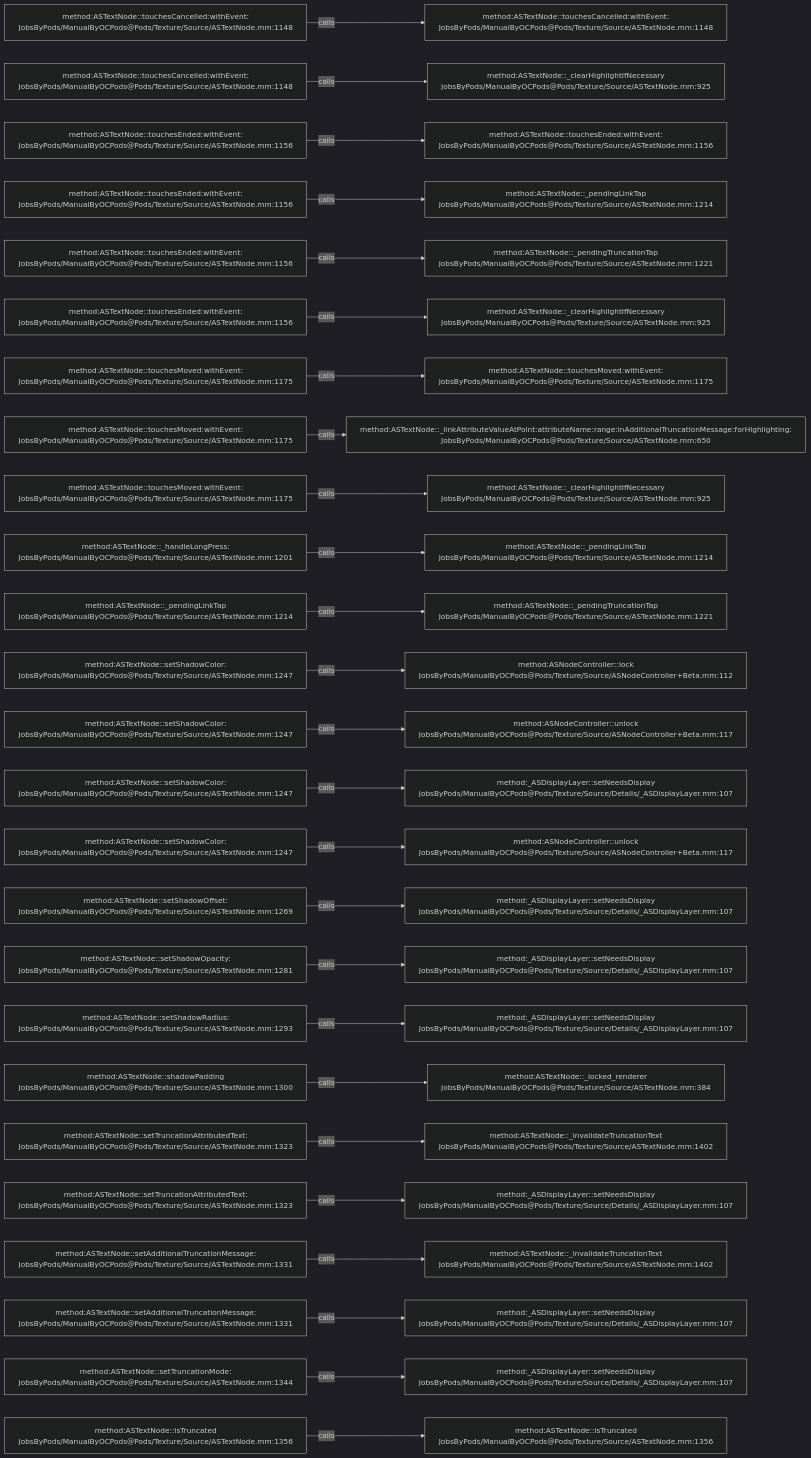
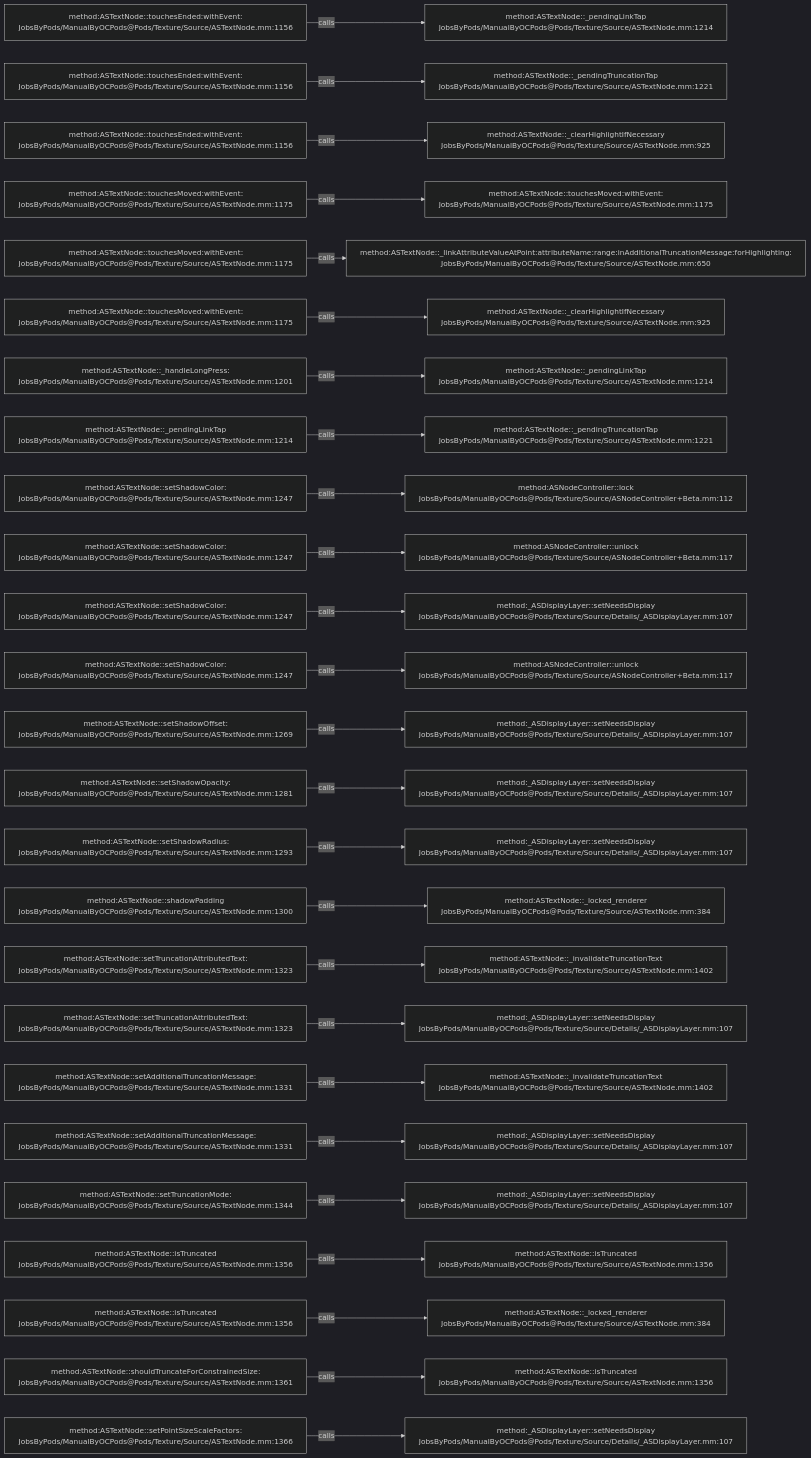
One commit to JobsKits/JobsOCBaseConfigDemo changed the diagram in .codegraph/codegraph.md/graphs/calls-139.md. Above: the diagram before and after it, drawn with Mermaid (dark theme). The commit also changed 342 other files, not shown here.

````diff
--- a/.codegraph/codegraph.md/graphs/calls-139.md
+++ b/.codegraph/codegraph.md/graphs/calls-139.md
@@ -13,78 +13,78 @@
 ```mermaid
 flowchart LR
-  S1["method:ASTextNode::touchesCancelled:withEvent:<br/>JobsByPods/ManualByOCPods@Pods/Texture/Source/ASTextNode.mm:1148"]
-  T1["method:ASTextNode::touchesCancelled:withEvent:<br/>JobsByPods/ManualByOCPods@Pods/Texture/Source/ASTextNode.mm:1148"]
+  S1["method:ASTextNode::touchesEnded:withEvent:<br/>JobsByPods/ManualByOCPods@Pods/Texture/Source/ASTextNode.mm:1156"]
+  T1["method:ASTextNode::_pendingLinkTap<br/>JobsByPods/ManualByOCPods@Pods/Texture/Source/ASTextNode.mm:1214"]
   S1 -->|calls| T1
-  S2["method:ASTextNode::touchesCancelled:withEvent:<br/>JobsByPods/ManualByOCPods@Pods/Texture/Source/ASTextNode.mm:1148"]
-  T2["method:ASTextNode::_clearHighlightIfNecessary<br/>JobsByPods/ManualByOCPods@Pods/Texture/Source/ASTextNode.mm:925"]
+  S2["method:ASTextNode::touchesEnded:withEvent:<br/>JobsByPods/ManualByOCPods@Pods/Texture/Source/ASTextNode.mm:1156"]
+  T2["method:ASTextNode::_pendingTruncationTap<br/>JobsByPods/ManualByOCPods@Pods/Texture/Source/ASTextNode.mm:1221"]
   S2 -->|calls| T2
   S3["method:ASTextNode::touchesEnded:withEvent:<br/>JobsByPods/ManualByOCPods@Pods/Texture/Source/ASTextNode.mm:1156"]
-  T3["method:ASTextNode::touchesEnded:withEvent:<br/>JobsByPods/ManualByOCPods@Pods/Texture/Source/ASTextNode.mm:1156"]
+  T3["method:ASTextNode::_clearHighlightIfNecessary<br/>JobsByPods/ManualByOCPods@Pods/Texture/Source/ASTextNode.mm:925"]
   S3 -->|calls| T3
-  S4["method:ASTextNode::touchesEnded:withEvent:<br/>JobsByPods/ManualByOCPods@Pods/Texture/Source/ASTextNode.mm:1156"]
-  T4["method:ASTextNode::_pendingLinkTap<br/>JobsByPods/ManualByOCPods@Pods/Texture/Source/ASTextNode.mm:1214"]
+  S4["method:ASTextNode::touchesMoved:withEvent:<br/>JobsByPods/ManualByOCPods@Pods/Texture/Source/ASTextNode.mm:1175"]
+  T4["method:ASTextNode::touchesMoved:withEvent:<br/>JobsByPods/ManualByOCPods@Pods/Texture/Source/ASTextNode.mm:1175"]
   S4 -->|calls| T4
-  S5["method:ASTextNode::touchesEnded:withEvent:<br/>JobsByPods/ManualByOCPods@Pods/Texture/Source/ASTextNode.mm:1156"]
-  T5["method:ASTextNode::_pendingTruncationTap<br/>JobsByPods/ManualByOCPods@Pods/Texture/Source/ASTextNode.mm:1221"]
+  S5["method:ASTextNode::touchesMoved:withEvent:<br/>JobsByPods/ManualByOCPods@Pods/Texture/Source/ASTextNode.mm:1175"]
+  T5["method:ASTextNode::_linkAttributeValueAtPoint:attributeName:range:inAdditionalTruncationMessage:forHighlighting:<br/>JobsByPods/ManualByOCPods@Pods/Texture/Source/ASTextNode.mm:650"]
   S5 -->|calls| T5
-  S6["method:ASTextNode::touchesEnded:withEvent:<br/>JobsByPods/ManualByOCPods@Pods/Texture/Source/ASTextNode.mm:1156"]
+  S6["method:ASTextNode::touchesMoved:withEvent:<br/>JobsByPods/ManualByOCPods@Pods/Texture/Source/ASTextNode.mm:1175"]
   T6["method:ASTextNode::_clearHighlightIfNecessary<br/>JobsByPods/ManualByOCPods@Pods/Texture/Source/ASTextNode.mm:925"]
   S6 -->|calls| T6
-  S7["method:ASTextNode::touchesMoved:withEvent:<br/>JobsByPods/ManualByOCPods@Pods/Texture/Source/ASTextNode.mm:1175"]
-  T7["method:ASTextNode::touchesMoved:withEvent:<br/>JobsByPods/ManualByOCPods@Pods/Texture/Source/ASTextNode.mm:1175"]
+  S7["method:ASTextNode::_handleLongPress:<br/>JobsByPods/ManualByOCPods@Pods/Texture/Source/ASTextNode.mm:1201"]
+  T7["method:ASTextNode::_pendingLinkTap<br/>JobsByPods/ManualByOCPods@Pods/Texture/Source/ASTextNode.mm:1214"]
   S7 -->|calls| T7
-  S8["method:ASTextNode::touchesMoved:withEvent:<br/>JobsByPods/ManualByOCPods@Pods/Texture/Source/ASTextNode.mm:1175"]
-  T8["method:ASTextNode::_linkAttributeValueAtPoint:attributeName:range:inAdditionalTruncationMessage:forHighlighting:<br/>JobsByPods/ManualByOCPods@Pods/Texture/Source/ASTextNode.mm:650"]
+  S8["method:ASTextNode::_pendingLinkTap<br/>JobsByPods/ManualByOCPods@Pods/Texture/Source/ASTextNode.mm:1214"]
+  T8["method:ASTextNode::_pendingTruncationTap<br/>JobsByPods/ManualByOCPods@Pods/Texture/Source/ASTextNode.mm:1221"]
   S8 -->|calls| T8
-  S9["method:ASTextNode::touchesMoved:withEvent:<br/>JobsByPods/ManualByOCPods@Pods/Texture/Source/ASTextNode.mm:1175"]
-  T9["method:ASTextNode::_clearHighlightIfNecessary<br/>JobsByPods/ManualByOCPods@Pods/Texture/Source/ASTextNode.mm:925"]
+  S9["method:ASTextNode::setShadowColor:<br/>JobsByPods/ManualByOCPods@Pods/Texture/Source/ASTextNode.mm:1247"]
+  T9["method:ASNodeController::lock<br/>JobsByPods/ManualByOCPods@Pods/Texture/Source/ASNodeController+Beta.mm:112"]
   S9 -->|calls| T9
-  S10["method:ASTextNode::_handleLongPress:<br/>JobsByPods/ManualByOCPods@Pods/Texture/Source/ASTextNode.mm:1201"]
-  T10["method:ASTextNode::_pendingLinkTap<br/>JobsByPods/ManualByOCPods@Pods/Texture/Source/ASTextNode.mm:1214"]
+  S10["method:ASTextNode::setShadowColor:<br/>JobsByPods/ManualByOCPods@Pods/Texture/Source/ASTextNode.mm:1247"]
+  T10["method:ASNodeController::unlock<br/>JobsByPods/ManualByOCPods@Pods/Texture/Source/ASNodeController+Beta.mm:117"]
   S10 -->|calls| T10
-  S11["method:ASTextNode::_pendingLinkTap<br/>JobsByPods/ManualByOCPods@Pods/Texture/Source/ASTextNode.mm:1214"]
-  T11["method:ASTextNode::_pendingTruncationTap<br/>JobsByPods/ManualByOCPods@Pods/Texture/Source/ASTextNode.mm:1221"]
+  S11["method:ASTextNode::setShadowColor:<br/>JobsByPods/ManualByOCPods@Pods/Texture/Source/ASTextNode.mm:1247"]
+  T11["method:_ASDisplayLayer::setNeedsDisplay<br/>JobsByPods/ManualByOCPods@Pods/Texture/Source/Details/_ASDisplayLayer.mm:107"]
   S11 -->|calls| T11
   S12["method:ASTextNode::setShadowColor:<br/>JobsByPods/ManualByOCPods@Pods/Texture/Source/ASTextNode.mm:1247"]
-  T12["method:ASNodeController::lock<br/>JobsByPods/ManualByOCPods@Pods/Texture/Source/ASNodeController+Beta.mm:112"]
+  T12["method:ASNodeController::unlock<br/>JobsByPods/ManualByOCPods@Pods/Texture/Source/ASNodeController+Beta.mm:117"]
   S12 -->|calls| T12
-  S13["method:ASTextNode::setShadowColor:<br/>JobsByPods/ManualByOCPods@Pods/Texture/Source/ASTextNode.mm:1247"]
-  T13["method:ASNodeController::unlock<br/>JobsByPods/ManualByOCPods@Pods/Texture/Source/ASNodeController+Beta.mm:117"]
+  S13["method:ASTextNode::setShadowOffset:<br/>JobsByPods/ManualByOCPods@Pods/Texture/Source/ASTextNode.mm:1269"]
+  T13["method:_ASDisplayLayer::setNeedsDisplay<br/>JobsByPods/ManualByOCPods@Pods/Texture/Source/Details/_ASDisplayLayer.mm:107"]
   S13 -->|calls| T13
-  S14["method:ASTextNode::setShadowColor:<br/>JobsByPods/ManualByOCPods@Pods/Texture/Source/ASTextNode.mm:1247"]
+  S14["method:ASTextNode::setShadowOpacity:<br/>JobsByPods/ManualByOCPods@Pods/Texture/Source/ASTextNode.mm:1281"]
   T14["method:_ASDisplayLayer::setNeedsDisplay<br/>JobsByPods/ManualByOCPods@Pods/Texture/Source/Details/_ASDisplayLayer.mm:107"]
   S14 -->|calls| T14
-  S15["method:ASTextNode::setShadowColor:<br/>JobsByPods/ManualByOCPods@Pods/Texture/Source/ASTextNode.mm:1247"]
-  T15["method:ASNodeController::unlock<br/>JobsByPods/ManualByOCPods@Pods/Texture/Source/ASNodeController+Beta.mm:117"]
+  S15["method:ASTextNode::setShadowRadius:<br/>JobsByPods/ManualByOCPods@Pods/Texture/Source/ASTextNode.mm:1293"]
+  T15["method:_ASDisplayLayer::setNeedsDisplay<br/>JobsByPods/ManualByOCPods@Pods/Texture/Source/Details/_ASDisplayLayer.mm:107"]
   S15 -->|calls| T15
-  S16["method:ASTextNode::setShadowOffset:<br/>JobsByPods/ManualByOCPods@Pods/Texture/Source/ASTextNode.mm:1269"]
-  T16["method:_ASDisplayLayer::setNeedsDisplay<br/>JobsByPods/ManualByOCPods@Pods/Texture/Source/Details/_ASDisplayLayer.mm:107"]
+  S16["method:ASTextNode::shadowPadding<br/>JobsByPods/ManualByOCPods@Pods/Texture/Source/ASTextNode.mm:1300"]
+  T16["method:ASTextNode::_locked_renderer<br/>JobsByPods/ManualByOCPods@Pods/Texture/Source/ASTextNode.mm:384"]
   S16 -->|calls| T16
-  S17["method:ASTextNode::setShadowOpacity:<br/>JobsByPods/ManualByOCPods@Pods/Texture/Source/ASTextNode.mm:1281"]
-  T17["method:_ASDisplayLayer::setNeedsDisplay<br/>JobsByPods/ManualByOCPods@Pods/Texture/Source/Details/_ASDisplayLayer.mm:107"]
+  S17["method:ASTextNode::setTruncationAttributedText:<br/>JobsByPods/ManualByOCPods@Pods/Texture/Source/ASTextNode.mm:1323"]
+  T17["method:ASTextNode::_invalidateTruncationText<br/>JobsByPods/ManualByOCPods@Pods/Texture/Source/ASTextNode.mm:1402"]
   S17 -->|calls| T17
-  S18["method:ASTextNode::setShadowRadius:<br/>JobsByPods/ManualByOCPods@Pods/Texture/Source/ASTextNode.mm:1293"]
+  S18["method:ASTextNode::setTruncationAttributedText:<br/>JobsByPods/ManualByOCPods@Pods/Texture/Source/ASTextNode.mm:1323"]
   T18["method:_ASDisplayLayer::setNeedsDisplay<br/>JobsByPods/ManualByOCPods@Pods/Texture/Source/Details/_ASDisplayLayer.mm:107"]
   S18 -->|calls| T18
-  S19["method:ASTextNode::shadowPadding<br/>JobsByPods/ManualByOCPods@Pods/Texture/Source/ASTextNode.mm:1300"]
-  T19["method:ASTextNode::_locked_renderer<br/>JobsByPods/ManualByOCPods@Pods/Texture/Source/ASTextNode.mm:384"]
+  S19["method:ASTextNode::setAdditionalTruncationMessage:<br/>JobsByPods/ManualByOCPods@Pods/Texture/Source/ASTextNode.mm:1331"]
+  T19["method:ASTextNode::_invalidateTruncationText<br/>JobsByPods/ManualByOCPods@Pods/Texture/Source/ASTextNode.mm:1402"]
   S19 -->|calls| T19
-  S20["method:ASTextNode::setTruncationAttributedText:<br/>JobsByPods/ManualByOCPods@Pods/Texture/Source/ASTextNode.mm:1323"]
-  T20["method:ASTextNode::_invalidateTruncationText<br/>JobsByPods/ManualByOCPods@Pods/Texture/Source/ASTextNode.mm:1402"]
+  S20["method:ASTextNode::setAdditionalTruncationMessage:<br/>JobsByPods/ManualByOCPods@Pods/Texture/Source/ASTextNode.mm:1331"]
+  T20["method:_ASDisplayLayer::setNeedsDisplay<br/>JobsByPods/ManualByOCPods@Pods/Texture/Source/Details/_ASDisplayLayer.mm:107"]
   S20 -->|calls| T20
-  S21["method:ASTextNode::setTruncationAttributedText:<br/>JobsByPods/ManualByOCPods@Pods/Texture/Source/ASTextNode.mm:1323"]
+  S21["method:ASTextNode::setTruncationMode:<br/>JobsByPods/ManualByOCPods@Pods/Texture/Source/ASTextNode.mm:1344"]
   T21["method:_ASDisplayLayer::setNeedsDisplay<br/>JobsByPods/ManualByOCPods@Pods/Texture/Source/Details/_ASDisplayLayer.mm:107"]
   S21 -->|calls| T21
-  S22["method:ASTextNode::setAdditionalTruncationMessage:<br/>JobsByPods/ManualByOCPods@Pods/Texture/Source/ASTextNode.mm:1331"]
-  T22["method:ASTextNode::_invalidateTruncationText<br/>JobsByPods/ManualByOCPods@Pods/Texture/Source/ASTextNode.mm:1402"]
+  S22["method:ASTextNode::isTruncated<br/>JobsByPods/ManualByOCPods@Pods/Texture/Source/ASTextNode.mm:1356"]
+  T22["method:ASTextNode::isTruncated<br/>JobsByPods/ManualByOCPods@Pods/Texture/Source/ASTextNode.mm:1356"]
   S22 -->|calls| T22
-  S23["method:ASTextNode::setAdditionalTruncationMessage:<br/>JobsByPods/ManualByOCPods@Pods/Texture/Source/ASTextNode.mm:1331"]
-  T23["method:_ASDisplayLayer::setNeedsDisplay<br/>JobsByPods/ManualByOCPods@Pods/Texture/Source/Details/_ASDisplayLayer.mm:107"]
+  S23["method:ASTextNode::isTruncated<br/>JobsByPods/ManualByOCPods@Pods/Texture/Source/ASTextNode.mm:1356"]
+  T23["method:ASTextNode::_locked_renderer<br/>JobsByPods/ManualByOCPods@Pods/Texture/Source/ASTextNode.mm:384"]
   S23 -->|calls| T23
-  S24["method:ASTextNode::setTruncationMode:<br/>JobsByPods/ManualByOCPods@Pods/Texture/Source/ASTextNode.mm:1344"]
-  T24["method:_ASDisplayLayer::setNeedsDisplay<br/>JobsByPods/ManualByOCPods@Pods/Texture/Source/Details/_ASDisplayLayer.mm:107"]
+  S24["method:ASTextNode::shouldTruncateForConstrainedSize:<br/>JobsByPods/ManualByOCPods@Pods/Texture/Source/ASTextNode.mm:1361"]
+  T24["method:ASTextNode::isTruncated<br/>JobsByPods/ManualByOCPods@Pods/Texture/Source/ASTextNode.mm:1356"]
   S24 -->|calls| T24
-  S25["method:ASTextNode::isTruncated<br/>JobsByPods/ManualByOCPods@Pods/Texture/Source/ASTextNode.mm:1356"]
-  T25["method:ASTextNode::isTruncated<br/>JobsByPods/ManualByOCPods@Pods/Texture/Source/ASTextNode.mm:1356"]
+  S25["method:ASTextNode::setPointSizeScaleFactors:<br/>JobsByPods/ManualByOCPods@Pods/Texture/Source/ASTextNode.mm:1366"]
+  T25["method:_ASDisplayLayer::setNeedsDisplay<br/>JobsByPods/ManualByOCPods@Pods/Texture/Source/Details/_ASDisplayLayer.mm:107"]
   S25 -->|calls| T25
 ```
````
